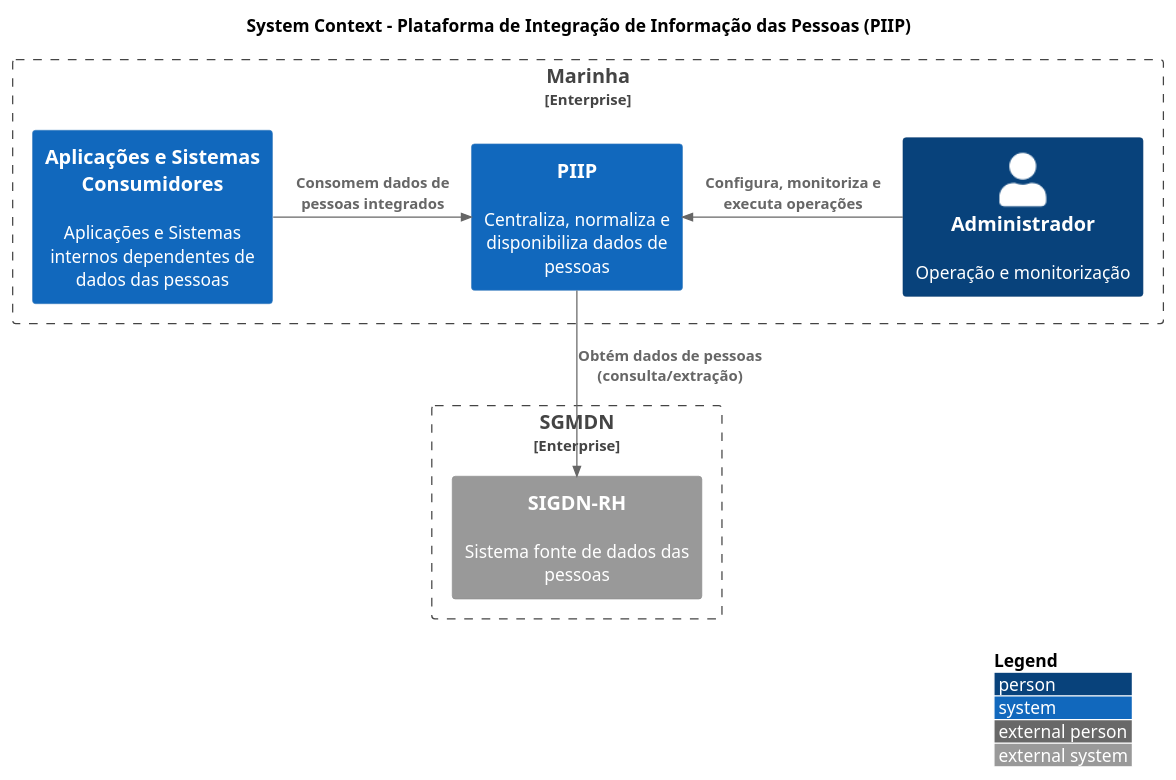
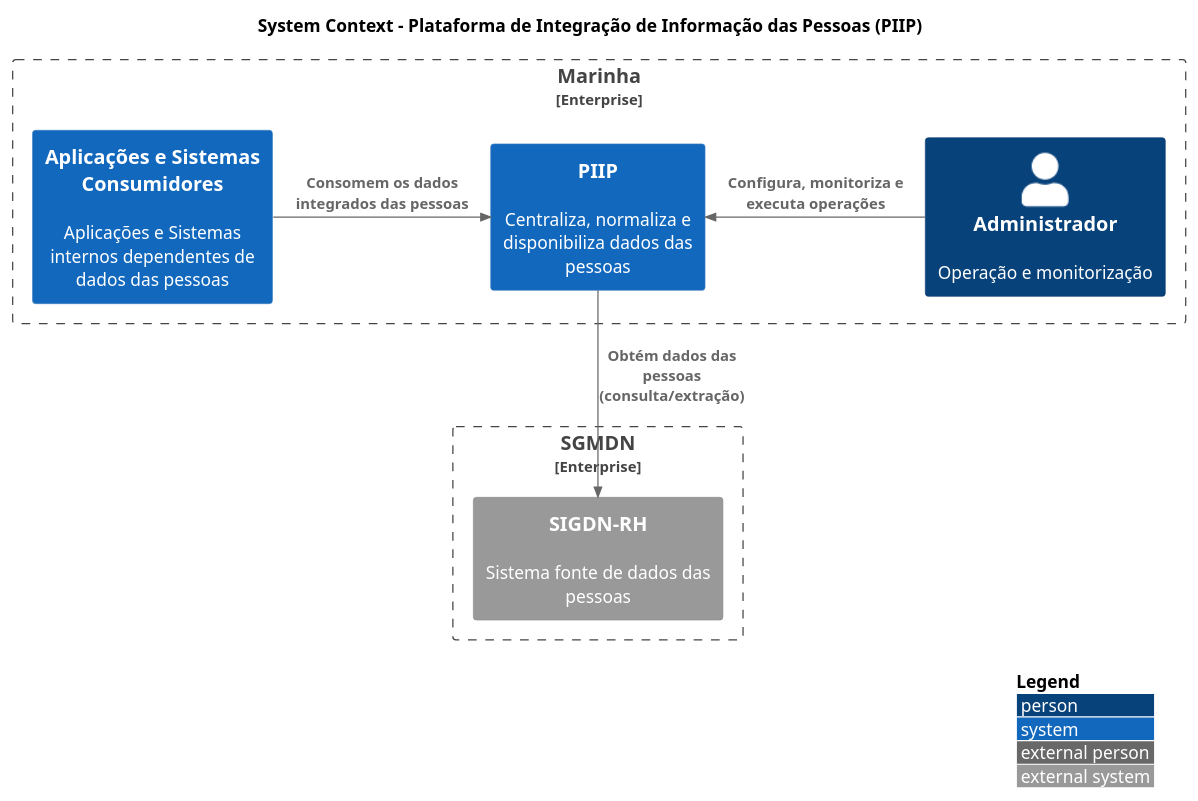
The diagram in docs/c4/system-context.md (Raimundo82/pessoas-integracao), drawn with PlantUML before and after one commit.

Commit message:
docs: correct wording in C4 system context diagram

````diff
--- a/docs/c4/system-context.md
+++ b/docs/c4/system-context.md
@@ -3,21 +3,21 @@
 ```plantuml
 @startuml system-context-pessoas-integracao
 !include https://raw.githubusercontent.com/plantuml-stdlib/C4-PlantUML/master/C4_Context.puml
 
 LAYOUT_WITH_LEGEND()
 
 title System Context - Plataforma de Integração de Informação das Pessoas (PIIP)
 
 Enterprise_Boundary(marinha, "Marinha") {
     Person(admin, "Administrador", "Operação e monitorização")
-    System(pessoas_integracao, "PIIP", "Centraliza, normaliza e disponibiliza dados de pessoas")
+    System(pessoas_integracao, "PIIP", "Centraliza, normaliza e disponibiliza dados das pessoas")
     System(consumidores, "Aplicações e Sistemas Consumidores", "Aplicações e Sistemas internos dependentes de dados das pessoas")
 }
 Enterprise_Boundary(sgmdn, "SGMDN") {
     System_Ext(sigdn_rh, "SIGDN-RH", "Sistema fonte de dados das pessoas")
 }
 Rel_L(admin, pessoas_integracao,"Configura, monitoriza e executa operações")
-Rel_R(consumidores, pessoas_integracao, "Consomem dados de pessoas integrados")
-Rel(pessoas_integracao, sigdn_rh, "Obtém dados de pessoas (consulta/extração)")
+Rel_R(consumidores, pessoas_integracao, "Consomem os dados integrados das pessoas")
+Rel(pessoas_integracao, sigdn_rh, "Obtém dados das pessoas (consulta/extração)")
 @enduml
 ```
````
